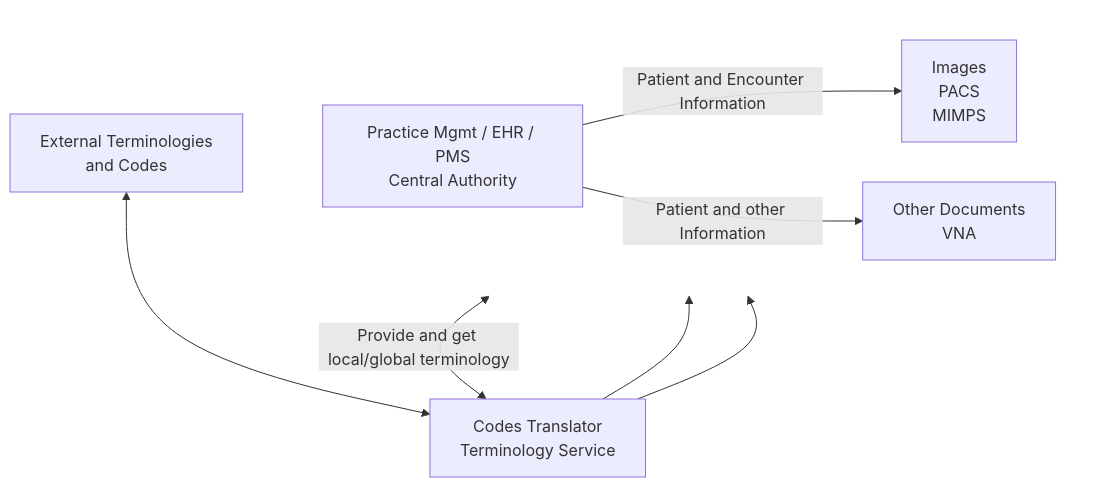
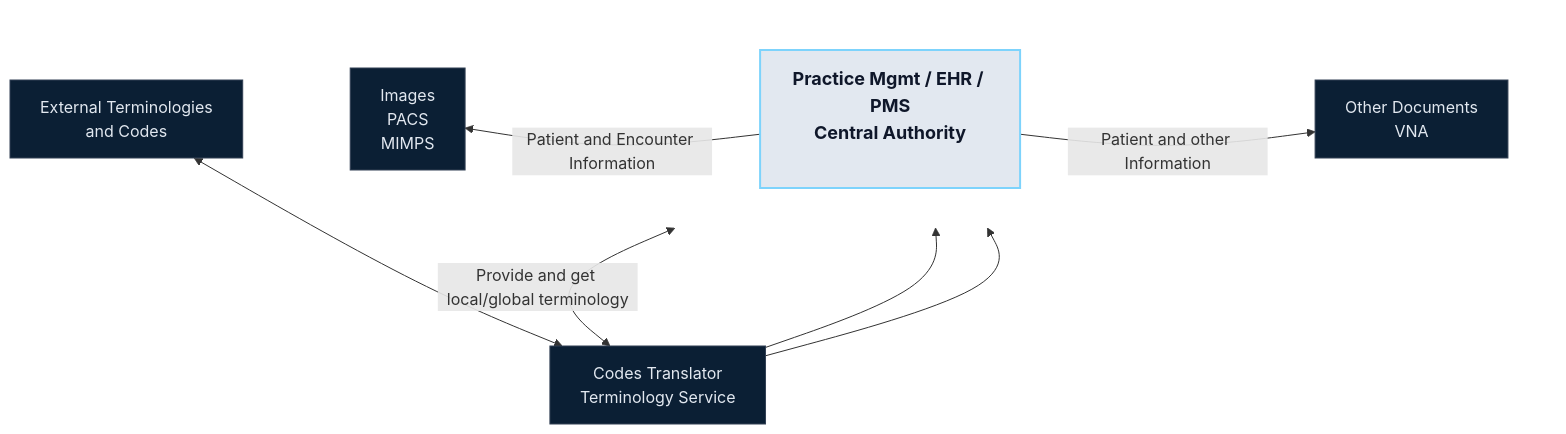
The diagram in assets/diagrams/mwl_actors.mmd (open-ortho/lectures), drawn with Mermaid before and after one commit. The commit also changed 9 other files, not shown here.

Commit message:
Refactor Makefile and update README; add clean target, improve diagram rendering, and remove unused theme files

```diff
--- a/assets/diagrams/mwl_actors.mmd
+++ b/assets/diagrams/mwl_actors.mmd
@@ -1,21 +1,34 @@
-%%{init: {"flowchart": {"nodeSpacing": 40, "rankSpacing": 55}}}%%
+%%{init: {"flowchart": {"nodeSpacing": 60, "rankSpacing": 70}}}%%
 flowchart TB
     B5[External Terminologies<br/>and Codes]
     B4[Codes Translator<br/>Terminology Service]
 
     subgraph bottom[ ]
         direction LR
         B1[Images<br/>PACS<br/>MIMPS]
-        B2[Practice Mgmt / EHR / PMS<br/>Central Authority]
+        B2[Practice Mgmt / EHR / PMS<br/>Central Authority<br/>&nbsp;]
         B3[Other Documents<br/>VNA]
+        B1 --- B2 --- B3
     end
 
     style bottom fill:transparent,stroke:transparent
+
+    B5 --- B4
+    B4 --- B2
+    linkStyle 0 stroke:transparent,opacity:0
+    linkStyle 1 stroke:transparent,opacity:0
+    linkStyle 2 stroke:transparent,opacity:0
+    linkStyle 3 stroke:transparent,opacity:0
 
     B2 -- Patient and Encounter Information --> B1
     B2 -- Patient and other Information --> B3
 
     B2 <--> |Provide and get local/global terminology| B4
     B4 --> B1
     B4 --> B3
     B5 <--> B4
+
+    classDef central fill:#e2e8f0,stroke:#7dd3fc,stroke-width:2px,color:#0f172a,font-weight:bold,font-size:18px;
+    classDef normal fill:#0b1f34,stroke:#334155,stroke-width:1px,color:#e2e8f0;
+    class B2 central
+    class B1,B3,B4,B5 normal
```
